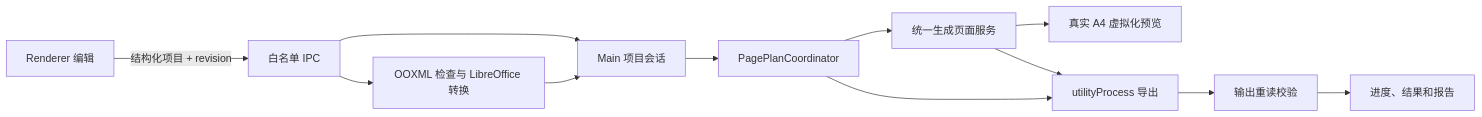
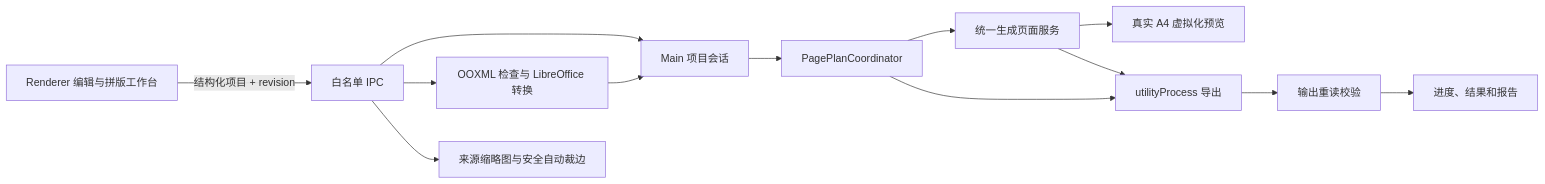
Before and after one commit to JulianXiang/SupportPackBuilder: the diagram in docs/ARCHITECTURE.md, drawn with Mermaid. The commit also changed other lines of this file and 61 other files, not shown here.

Commit message:
feat: 支持自主可控多图拼版

````diff
--- a/docs/ARCHITECTURE.md
+++ b/docs/ARCHITECTURE.md
@@ -46,14 +48,15 @@
 ```mermaid
 flowchart LR
-  UI["Renderer 编辑"] -->|"结构化项目 + revision"| IPC["白名单 IPC"]
+  UI["Renderer 编辑与拼版工作台"] -->|"结构化项目 + revision"| IPC["白名单 IPC"]
   IPC --> SESSION["Main 项目会话"]
   IPC --> CONVERT["OOXML 检查与 LibreOffice 转换"]
   CONVERT --> SESSION
   SESSION --> PLAN["PagePlanCoordinator"]
   PLAN --> PRINT["统一生成页面服务"]
   PRINT --> PREVIEW["真实 A4 虚拟化预览"]
+  IPC --> SOURCE_PREVIEW["来源缩略图与安全自动裁边"]
   PLAN --> WORKER["utilityProcess 导出"]
   PRINT --> WORKER
   WORKER --> VERIFY["输出重读校验"]
   VERIFY --> RESULT["进度、结果和报告"]
 ```
````
